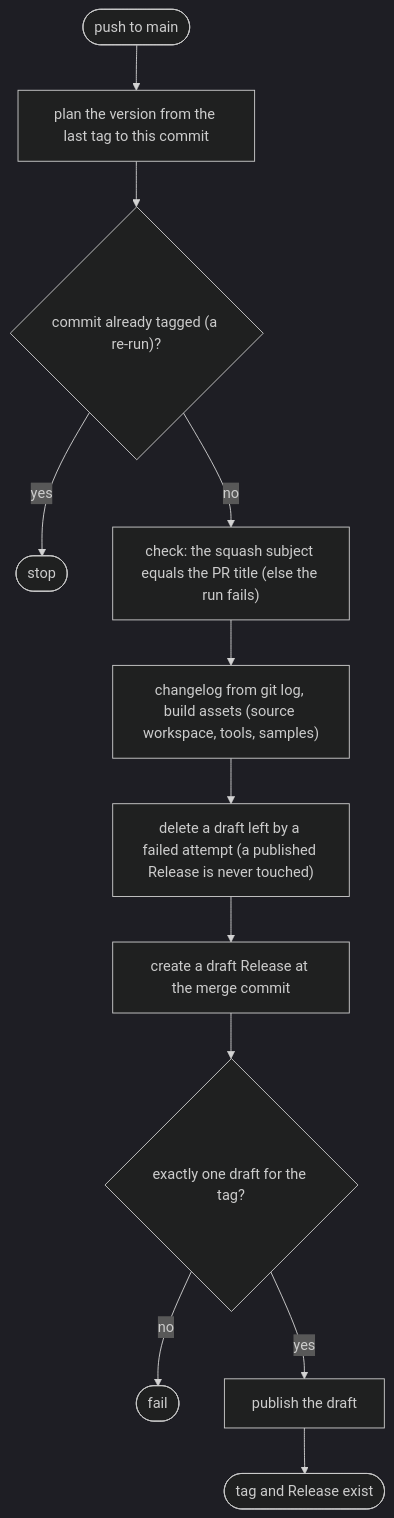
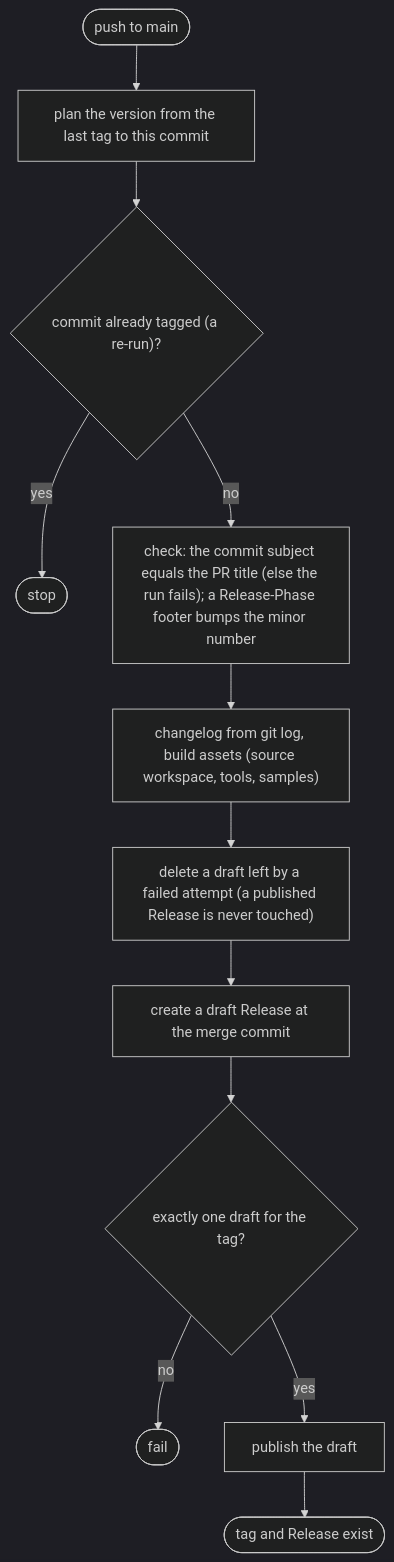
The sixth of 7 diagrams in wiki/workflow/ci-diagrams.md (giamat90/DuckEngine), drawn with Mermaid (dark theme) before and after one commit. The commit also changed other lines of this file and 12 other files, not shown here.

Commit message:
ci(workflow): work in phase branches, one minor release per phase (1-38) (#74)

````diff
--- a/wiki/workflow/ci-diagrams.md
+++ b/wiki/workflow/ci-diagrams.md
@@ -171,14 +171,14 @@
 ```mermaid
 flowchart TB
   p(["push to main"]) --> plan["plan the version from the last tag to this commit"]
   plan --> skip{"commit already tagged (a re-run)?"}
   skip -- "yes" --> end1(["stop"])
-  skip -- "no" --> sq["check: the squash subject equals the PR title (else the run fails)"]
+  skip -- "no" --> sq["check: the commit subject equals the PR title (else the run fails); a Release-Phase footer bumps the minor number"]
   sq --> mk["changelog from git log, build assets (source workspace, tools, samples)"]
   mk --> old["delete a draft left by a failed attempt (a published Release is never touched)"]
   old --> dr["create a draft Release at the merge commit"]
   dr --> one{"exactly one draft for the tag?"}
   one -- "no" --> fail(["fail"])
   one -- "yes" --> pub["publish the draft"]
   pub --> end2(["tag and Release exist"])
 ```
````
